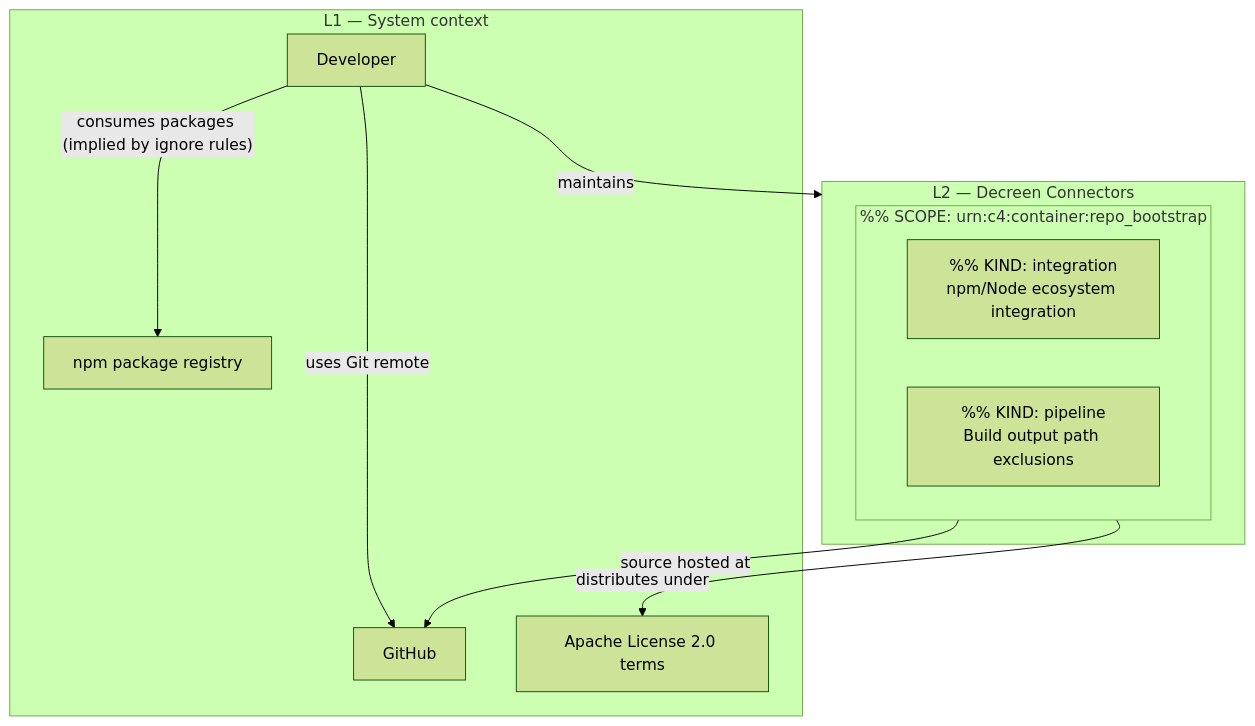
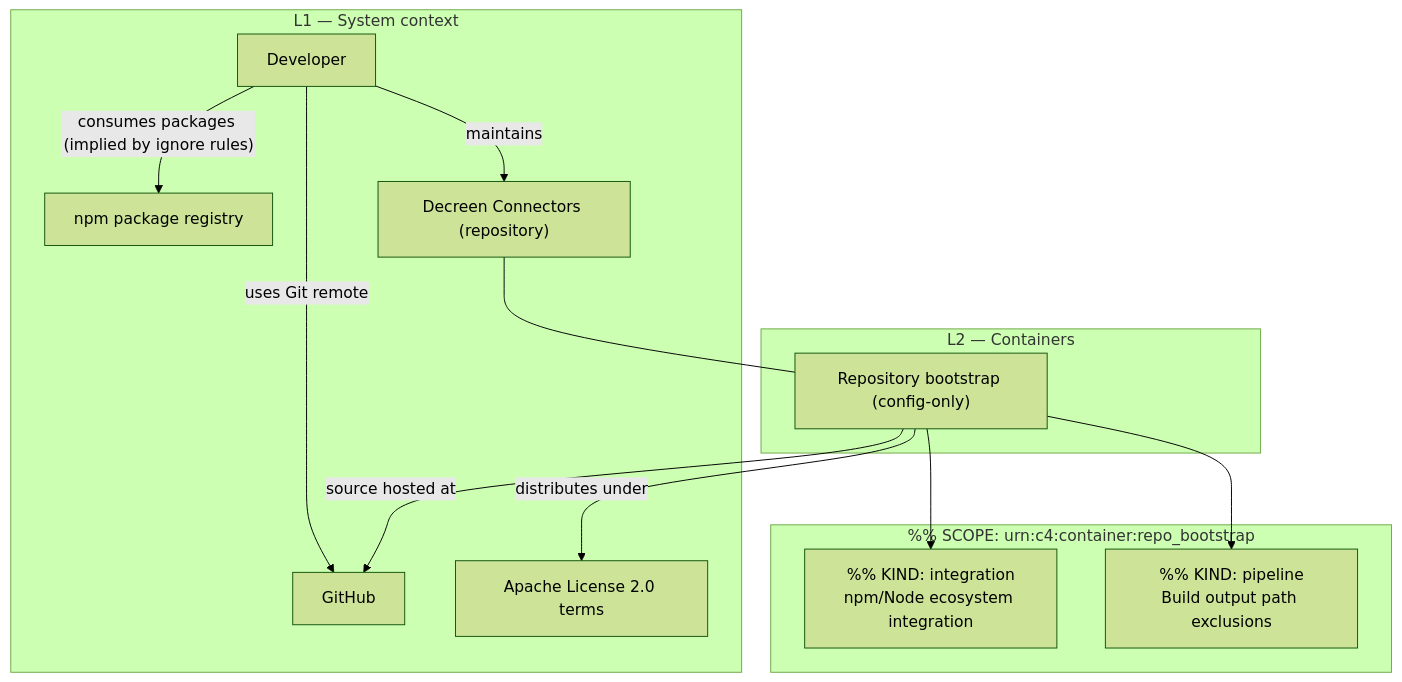
Before and after one commit to Decreen/decreen-connectors: the diagram in docs/c4-live.mermaid.md, drawn with Mermaid (forest theme). The commit also changed 3 other files, not shown here.

Commit message:
feat(c4): Pass 4 final architecture render and freeze

````diff
--- a/docs/c4-live.mermaid.md
+++ b/docs/c4-live.mermaid.md
@@ -3,20 +3,25 @@
 ```mermaid
 flowchart TB
   subgraph CTX["L1 — System context"]
     actor_developer["Developer"]
     ext_github["GitHub"]
     ext_npm["npm package registry"]
     ext_license["Apache License 2.0 terms"]
+    sys_boundary["Decreen Connectors (repository)"]
   end
-  subgraph SYS["L2 — Decreen Connectors"]
-    subgraph CTR["%% SCOPE: urn:c4:container:repo_bootstrap"]
-      comp_npm["%% KIND: integration\nnpm/Node ecosystem integration"]
-      comp_build["%% KIND: pipeline\nBuild output path exclusions"]
-    end
+  subgraph SYS["L2 — Containers"]
+    ctr_bootstrap["Repository bootstrap (config-only)"]
+  end
+  subgraph L3["%% SCOPE: urn:c4:container:repo_bootstrap"]
+    comp_npm["%% KIND: integration\nnpm/Node ecosystem integration"]
+    comp_build["%% KIND: pipeline\nBuild output path exclusions"]
   end
   actor_developer -->|"uses Git remote"| ext_github
   actor_developer -->|"consumes packages (implied by ignore rules)"| ext_npm
-  actor_developer -->|"maintains"| SYS
-  CTR -->|"source hosted at"| ext_github
-  CTR -->|"distributes under"| ext_license
+  actor_developer -->|"maintains"| sys_boundary
+  sys_boundary --- ctr_bootstrap
+  ctr_bootstrap --> comp_npm
+  ctr_bootstrap --> comp_build
+  ctr_bootstrap -->|"source hosted at"| ext_github
+  ctr_bootstrap -->|"distributes under"| ext_license
 ```
````
